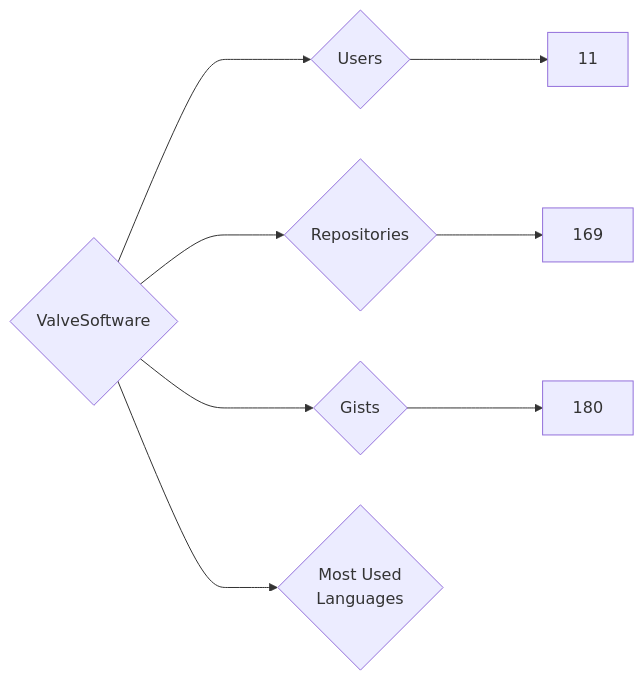
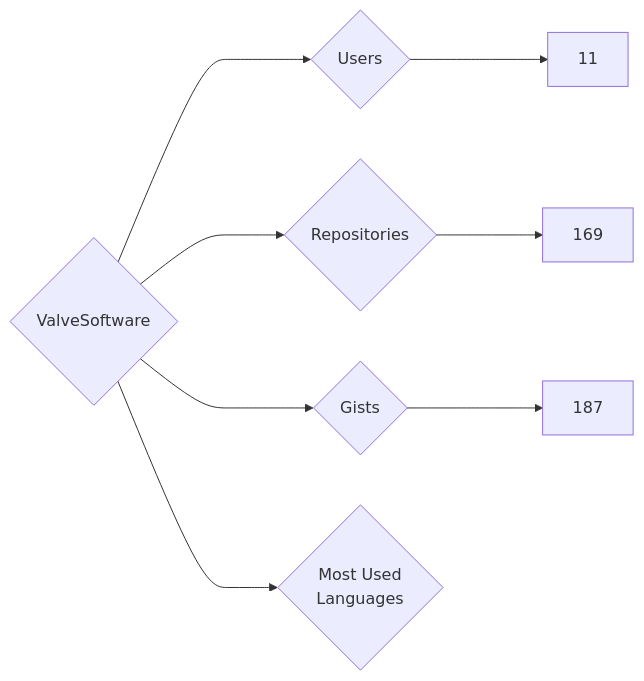
Before and after one commit to nenadzaric/insiders: the diagram in targets/ValveSoftware/README.md, drawn with Mermaid. The commit also changed 1342 other files, not shown here.

````diff
--- a/targets/ValveSoftware/README.md
+++ b/targets/ValveSoftware/README.md
@@ -3,8 +3,8 @@
 ```mermaid
 graph LR
 COMPANY_NAME{ValveSoftware}
 COMPANY_NAME ---> U{Users} ---> UN[11]
 COMPANY_NAME ---> R{Repositories} ---> RN[169]
-COMPANY_NAME ---> G{Gists} ---> GN[180]
+COMPANY_NAME ---> G{Gists} ---> GN[187]
 COMPANY_NAME ---> ML{Most Used<br>Languages}
 ```
````
